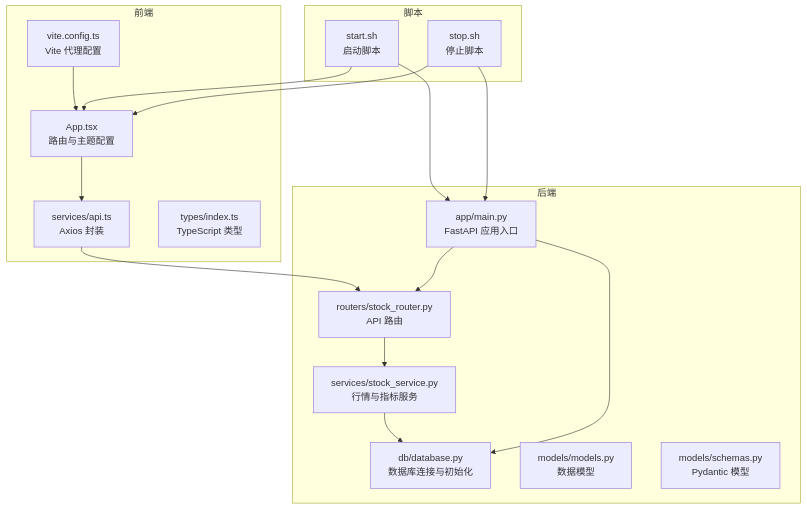
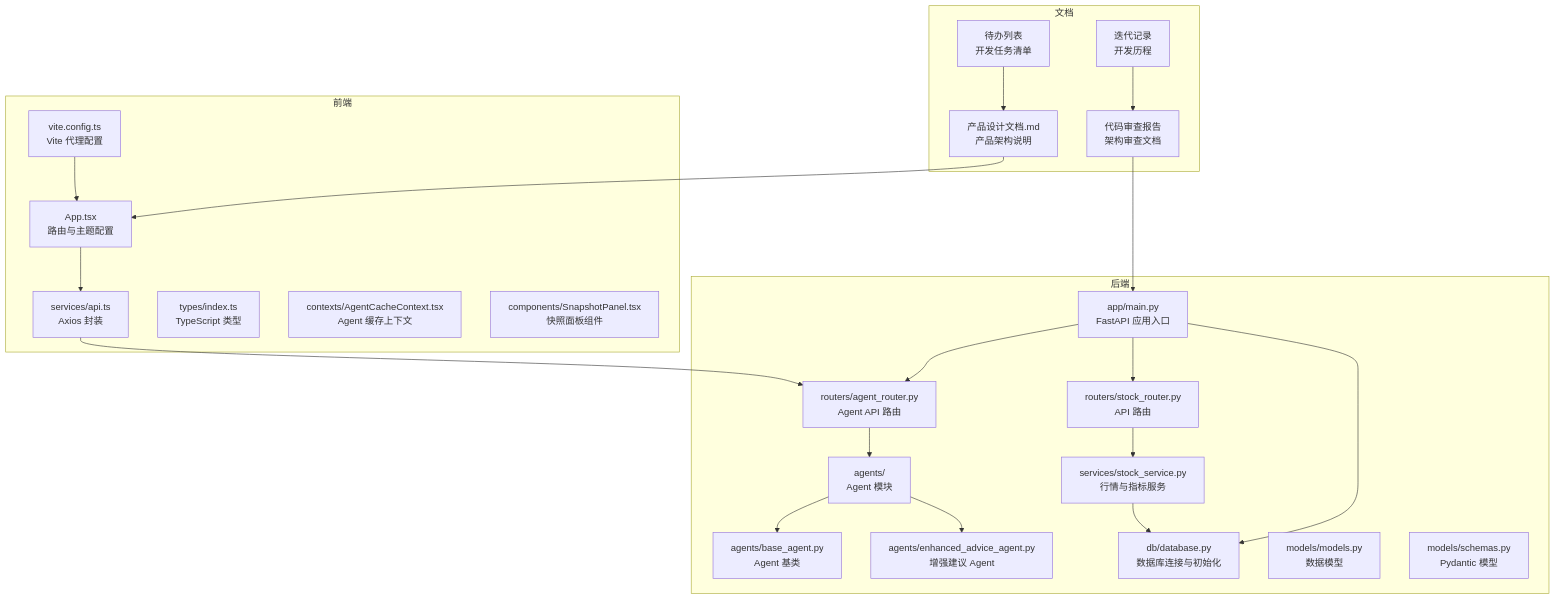
One commit to Moruime/stock_foker changed the first of 5 diagrams in .qoder/repowiki/zh/content/开发指南/开发指南.md. Above: the diagram before and after it, drawn with Mermaid. The commit also changed other lines of this file and 52 other files, not shown here.

````diff
--- a/.qoder/repowiki/zh/content/开发指南/开发指南.md
+++ b/.qoder/repowiki/zh/content/开发指南/开发指南.md
@@ -76,32 +69,44 @@
 ```mermaid
 graph TB
 subgraph "后端"
 M["app/main.py<br/>FastAPI 应用入口"]
 R["routers/stock_router.py<br/>API 路由"]
+AR["routers/agent_router.py<br/>Agent API 路由"]
 S["services/stock_service.py<br/>行情与指标服务"]
+AS["agents/<br/>Agent 模块"]
+ASC["agents/base_agent.py<br/>Agent 基类"]
+AE["agents/enhanced_advice_agent.py<br/>增强建议 Agent"]
 D["db/database.py<br/>数据库连接与初始化"]
 MD["models/models.py<br/>数据模型"]
 SC["models/schemas.py<br/>Pydantic 模型"]
 end
 subgraph "前端"
 APP["App.tsx<br/>路由与主题配置"]
 API["services/api.ts<br/>Axios 封装"]
 T["types/index.ts<br/>TypeScript 类型"]
+ACC["contexts/AgentCacheContext.tsx<br/>Agent 缓存上下文"]
+SP["components/SnapshotPanel.tsx<br/>快照面板组件"]
 VC["vite.config.ts<br/>Vite 代理配置"]
 end
-subgraph "脚本"
-ST["start.sh<br/>启动脚本"]
-SP["stop.sh<br/>停止脚本"]
+subgraph "文档"
+PDD["产品设计文档.md<br/>产品架构说明"]
+CAR["代码审查报告<br/>架构审查文档"]
+TDL["待办列表<br/>开发任务清单"]
+IR["迭代记录<br/>开发历程"]
 end
 APP --> API
-API --> R
+API --> AR
+AR --> AS
+AS --> ASC
+AS --> AE
 R --> S
 S --> D
 M --> R
+M --> AR
 M --> D
 VC --> APP
-ST --> M
-ST --> APP
-SP --> M
-SP --> APP
+PDD --> APP
+CAR --> M
+TDL --> PDD
+IR --> CAR
 ```
````
